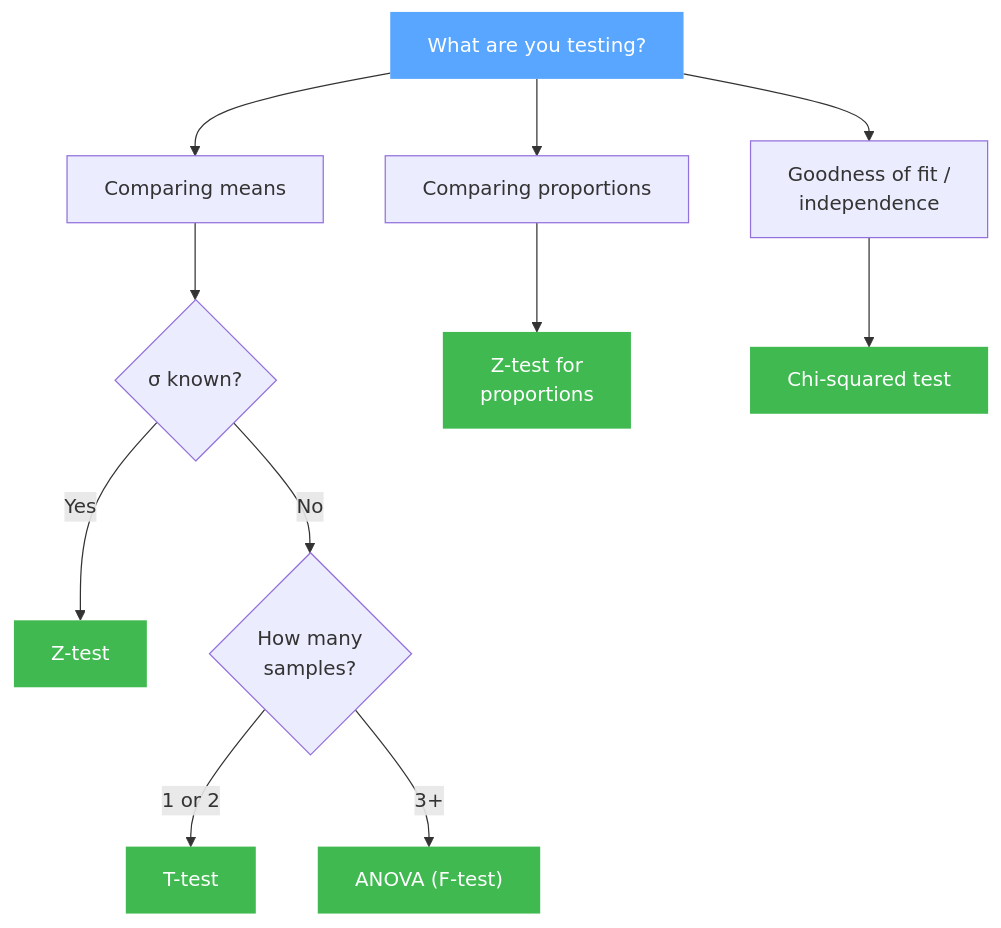
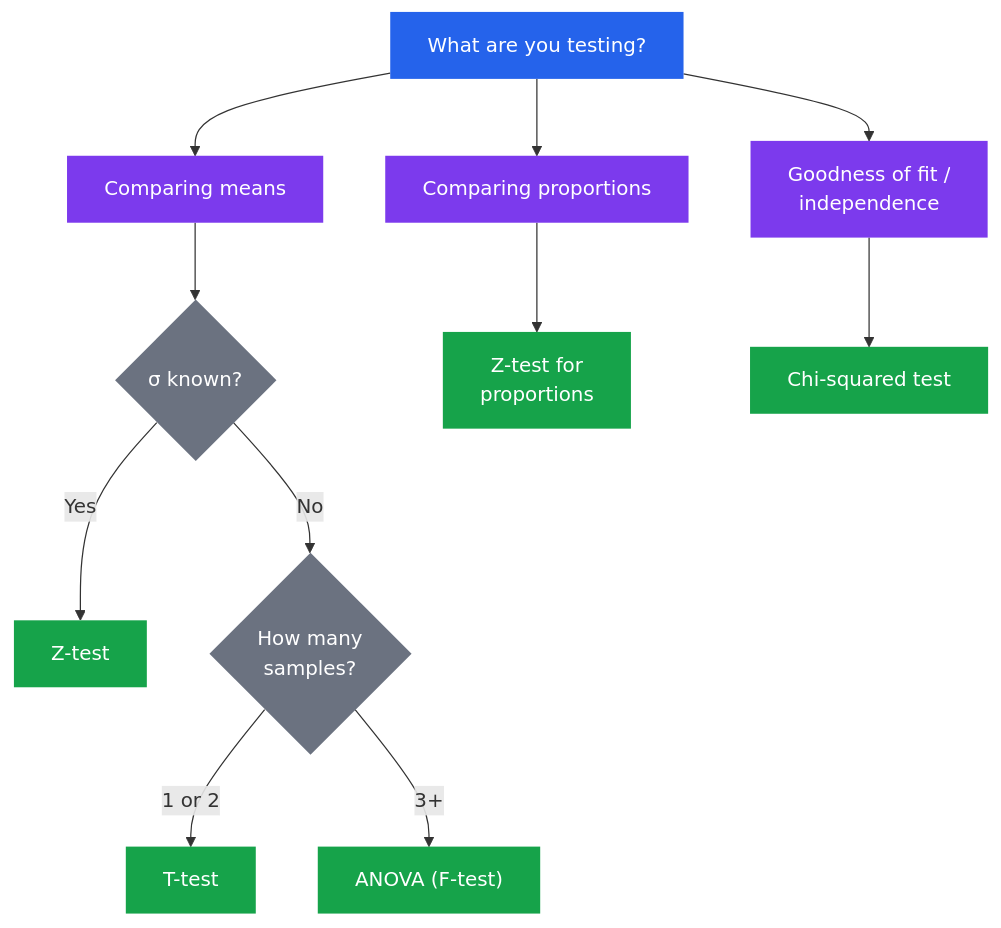
The fourth of 4 diagrams in _cheatsheets/probability-and-statistics.md (ashababnoor/cheatsheets), drawn with Mermaid before and after one commit. The commit also changed other lines of this file, not shown here.

Commit message:
style: update color schemes for diagrams in probability and statistics cheatsheet

````diff
--- a/_cheatsheets/probability-and-statistics.md
+++ b/_cheatsheets/probability-and-statistics.md
@@ -202,19 +202,24 @@
 ```mermaid
 flowchart TD
     Q["What are you testing?"] --> Means["Comparing means"]
     Q --> Prop["Comparing proportions"]
     Q --> Fit["Goodness of fit /<br/>independence"]
     Means --> KnownSig{"σ known?"}
     KnownSig -->|Yes| Z["Z-test"]
     KnownSig -->|No| Samples{"How many<br/>samples?"}
     Samples -->|1 or 2| T["T-test"]
     Samples -->|3+| ANOVA["ANOVA (F-test)"]
     Prop --> ZProp["Z-test for<br/>proportions"]
     Fit --> Chi["Chi-squared test"]
-    style Q fill:#58a6ff,color:#fff,stroke:none
-    style Z fill:#3fb950,color:#fff,stroke:none
-    style T fill:#3fb950,color:#fff,stroke:none
-    style ANOVA fill:#3fb950,color:#fff,stroke:none
-    style ZProp fill:#3fb950,color:#fff,stroke:none
-    style Chi fill:#3fb950,color:#fff,stroke:none
+    style Q fill:#2563eb,color:#fff,stroke:none
+    style Means fill:#7c3aed,color:#fff,stroke:none
+    style Prop fill:#7c3aed,color:#fff,stroke:none
+    style Fit fill:#7c3aed,color:#fff,stroke:none
+    style KnownSig fill:#6b7280,color:#fff,stroke:none
+    style Samples fill:#6b7280,color:#fff,stroke:none
+    style Z fill:#16a34a,color:#fff,stroke:none
+    style T fill:#16a34a,color:#fff,stroke:none
+    style ANOVA fill:#16a34a,color:#fff,stroke:none
+    style ZProp fill:#16a34a,color:#fff,stroke:none
+    style Chi fill:#16a34a,color:#fff,stroke:none
 ```
````
